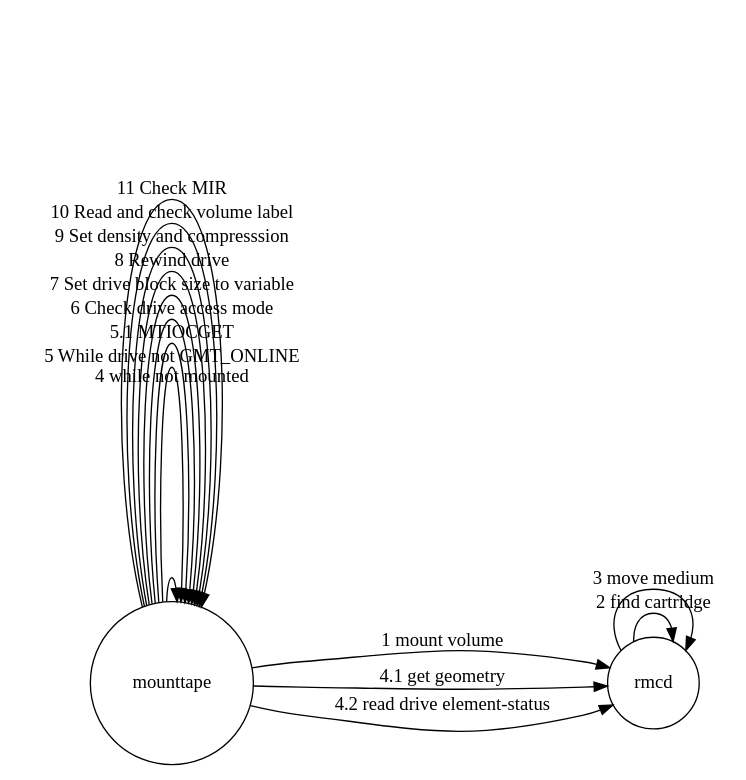
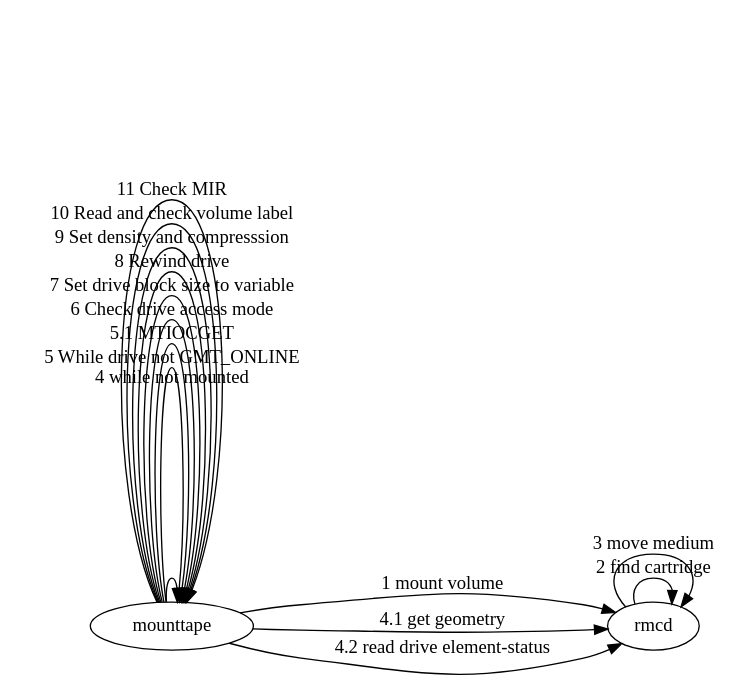
The diagram in castor/tape/doc/collaboration_diagrams/mounttape_rmcd_scsi.dot (cern-cta/CTA), drawn with Graphviz before and after one commit. The commit also changed 5 other files, not shown here.

Commit message:
Changed node shape from circle to oval

```diff
--- a/castor/tape/doc/collaboration_diagrams/mounttape_rmcd_scsi.dot
+++ b/castor/tape/doc/collaboration_diagrams/mounttape_rmcd_scsi.dot
@@ -1,18 +1,19 @@
 digraph mounttape_rmcd_scsi {
 rankdir=LR;
-node [shape = circle];
+node [shape = oval];
+edge [weight = 1];
 mounttape -> rmcd      [ label =  "1 mount volume"                        ];
 rmcd      -> rmcd      [ label =  "2 find cartridge"                      ];
 rmcd      -> rmcd      [ label =  "3 move medium"                         ];
 mounttape -> mounttape [ label =  "4 while not mounted\n\n\n\n\n\n\n\n\n "];
 mounttape -> rmcd      [ label =    "4.1 get geometry"                    ];
 mounttape -> rmcd      [ label =    "4.2 read drive element-status"       ]; 
 mounttape -> mounttape [ label =  "5 While drive not GMT_ONLINE"          ];
 mounttape -> mounttape [ label =    "5.1 MTIOCGET"                        ];
 mounttape -> mounttape [ label =  "6 Check drive access mode"             ];
 mounttape -> mounttape [ label =  "7 Set drive block size to variable"    ];
 mounttape -> mounttape [ label =  "8 Rewind drive"                        ];
 mounttape -> mounttape [ label =  "9 Set density and compresssion"        ];
 mounttape -> mounttape [ label = "10 Read and check volume label"         ];
 mounttape -> mounttape [ label = "11 Check MIR"                           ];
 }
```
